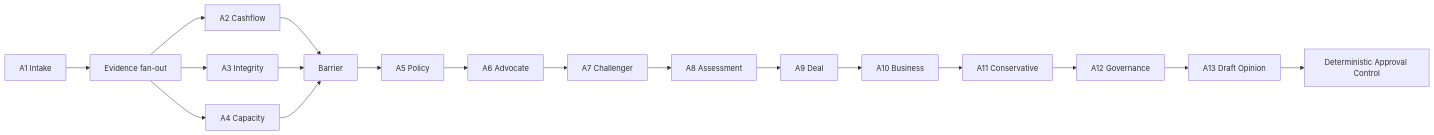
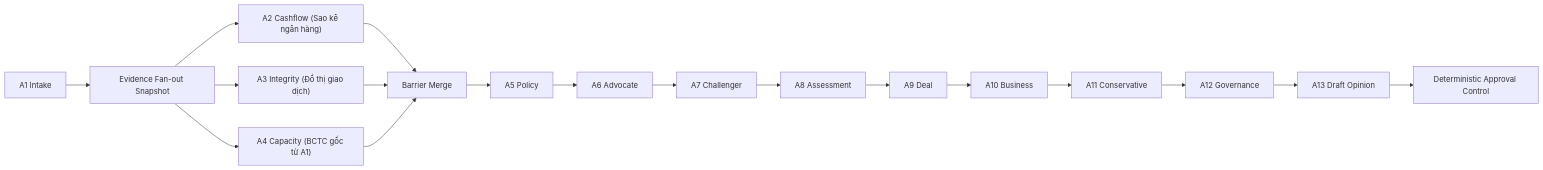
Before and after one commit to giangbh/CreditAgent: the diagram in README.md, drawn with Mermaid. The commit also changed other lines of this file and 5 other files, not shown here.

````diff
--- a/README.md
+++ b/README.md
@@ -78,20 +78,20 @@
 ```mermaid
 flowchart LR
-    A1["A1 Intake"] --> F["Evidence fan-out"]
-    F --> A2["A2 Cashflow"]
-    F --> A3["A3 Integrity"]
-    F --> A4["A4 Capacity"]
-    A2 --> B["Barrier"]
+    A1["A1 Intake"] --> F["Evidence Fan-out Snapshot"]
+    F --> A2["A2 Cashflow (Sao kê ngân hàng)"]
+    F --> A3["A3 Integrity (Đồ thị giao dịch)"]
+    F --> A4["A4 Capacity (BCTC gốc từ A1)"]
+    A2 --> B["Barrier Merge"]
     A3 --> B
     A4 --> B
     B --> A5["A5 Policy"]
     A5 --> A6["A6 Advocate"]
     A6 --> A7["A7 Challenger"]
     A7 --> A8["A8 Assessment"]
     A8 --> A9["A9 Deal"]
     A9 --> A10["A10 Business"]
     A10 --> A11["A11 Conservative"]
     A11 --> A12["A12 Governance"]
     A12 --> A13["A13 Draft Opinion"]
     A13 --> C["Deterministic Approval Control"]
 ```
````
